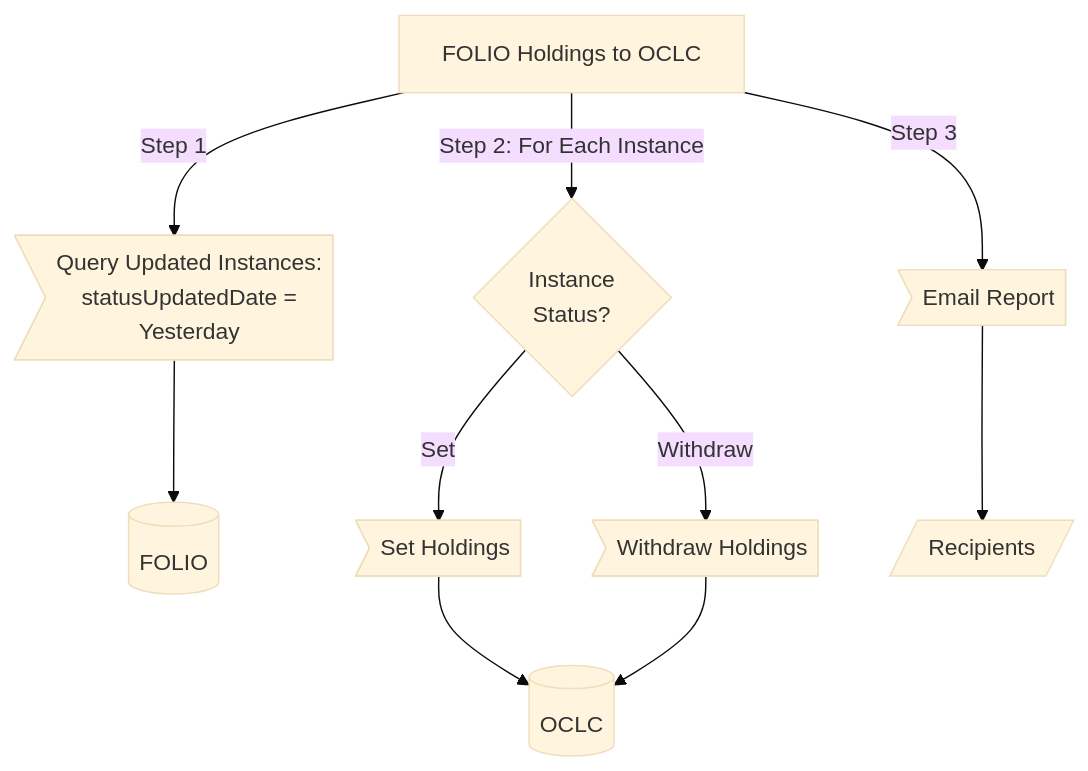
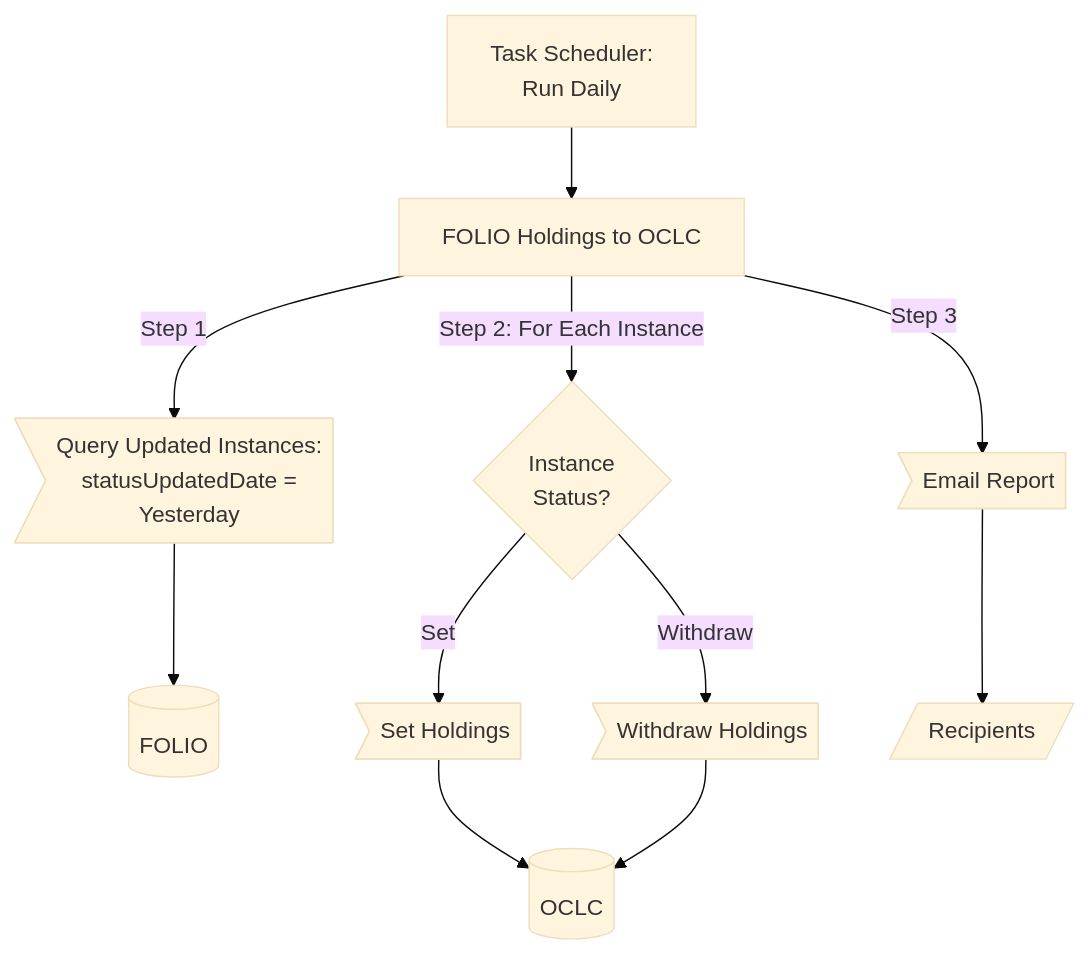
One commit to lehigh-university-libraries/folio-oclc-holdings changed the diagram in README.md. Above: the diagram before and after it, drawn with Mermaid (base theme).

Commit message:
Update README.md
Add task scheduler

````diff
--- a/README.md
+++ b/README.md
@@ -9,18 +9,20 @@
 ``` mermaid
 flowchart TD
 
     FTO[FOLIO Holdings to OCLC]
 
     FTO -- Step 1 --> Query>Query Updated Instances:<br/>statusUpdatedDate =<br/>Yesterday]
         --> FOLIO[(FOLIO)]
 
     FTO -- Step 2: For Each Instance --> Status{Instance<br/> Status?}
     OCLC[(OCLC)]
     Status -- Set --> Set>Set Holdings] --> OCLC
     Status -- Withdraw --> Withdraw>Withdraw Holdings] 
         --> OCLC
     
     FTO -- Step 3 --> Email>Email Report]
         --> Recipieints[/Recipients/]
     
+    Cron["Task Scheduler:<br/>Run Daily"] --> FTO
+
 ``` 
````
